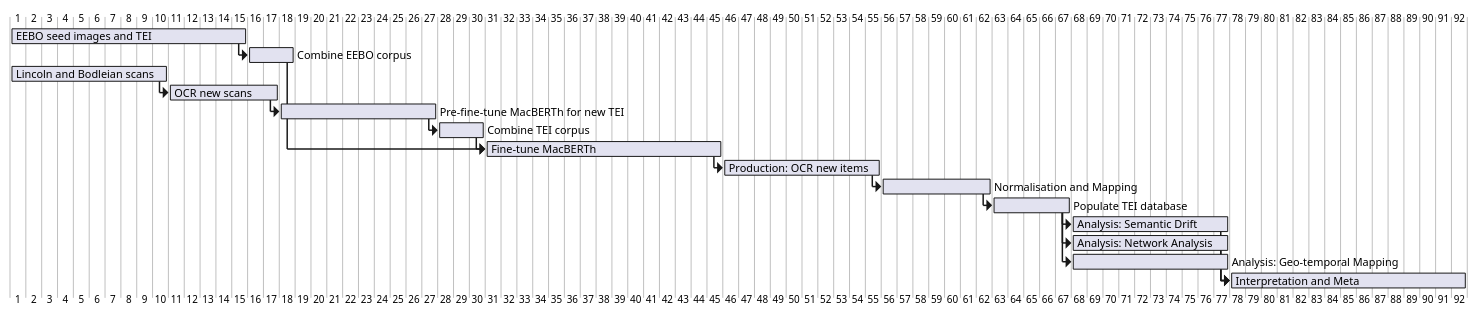
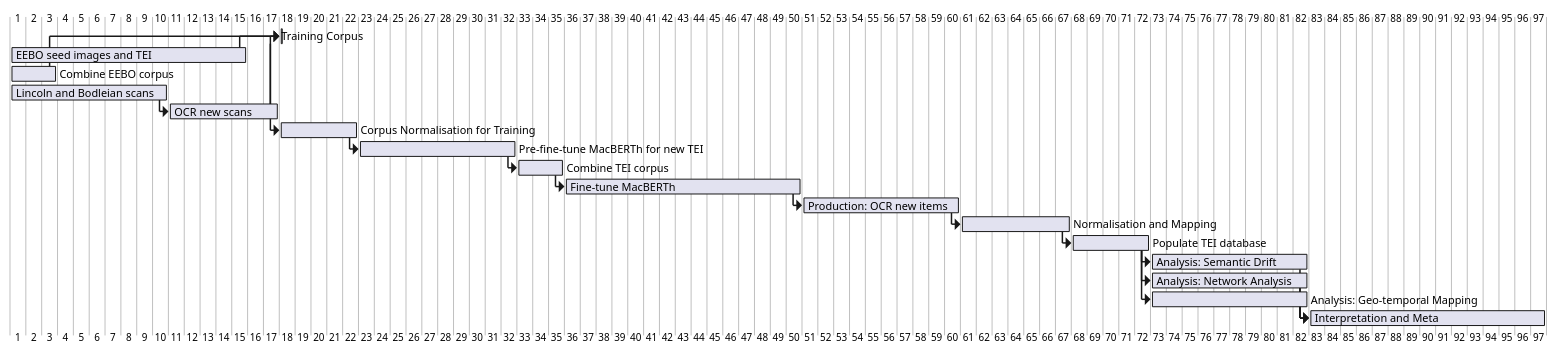
The diagram in docs/uml/gantt_diagram.puml (leegee/mutatis-mutandis), drawn with PlantUML before and after one commit. The commit also changed 1 other file, not shown here.

```diff
--- a/docs/uml/gantt_diagram.puml
+++ b/docs/uml/gantt_diagram.puml
@@ -1,32 +1,51 @@
 @startgantt
+[Training Corpus] lasts 0 days
+
+' --- Corpus building ---
 [EEBO seed images and TEI] lasts 15 days
 [Combine EEBO corpus] lasts 3 days
 [Lincoln and Bodleian scans] lasts 10 days
 [OCR new scans] lasts 7 days
+
+' --- Corpus normalisation for MacBERTh training ---
+[Corpus Normalisation for Training] lasts 5 days
 [Pre-fine-tune MacBERTh for new TEI] lasts 10 days
 [Combine TEI corpus] lasts 3 days
 [Fine-tune MacBERTh] lasts 15 days
+
+' --- Production normalisation & analysis ---
 [Production: OCR new items] lasts 10 days
 [Normalisation and Mapping] lasts 7 days
 [Populate TEI database] lasts 5 days
 [Analysis: Semantic Drift] lasts 10 days
 [Analysis: Network Analysis] lasts 10 days
 [Analysis: Geo-temporal Mapping] lasts 10 days
 [Interpretation and Meta] lasts 15 days
 
-[EEBO seed images and TEI] --> [Combine EEBO corpus]
-[Combine EEBO corpus] --> [Fine-tune MacBERTh]
+' --- Dependencies ---
+' Initial corpus contributions
+[EEBO seed images and TEI] --> [Training Corpus]
+[Combine EEBO corpus] --> [Training Corpus]
+
+' New scans feed into corpus
 [Lincoln and Bodleian scans] --> [OCR new scans]
-[OCR new scans] --> [Pre-fine-tune MacBERTh for new TEI]
+[OCR new scans] --> [Training Corpus]
+
+' Corpus normalisation for training
+[Training Corpus] --> [Corpus Normalisation for Training]
+[Corpus Normalisation for Training] --> [Pre-fine-tune MacBERTh for new TEI]
 [Pre-fine-tune MacBERTh for new TEI] --> [Combine TEI corpus]
 [Combine TEI corpus] --> [Fine-tune MacBERTh]
+
+' Production and downstream
 [Fine-tune MacBERTh] --> [Production: OCR new items]
 [Production: OCR new items] --> [Normalisation and Mapping]
 [Normalisation and Mapping] --> [Populate TEI database]
 [Populate TEI database] --> [Analysis: Semantic Drift]
 [Populate TEI database] --> [Analysis: Network Analysis]
 [Populate TEI database] --> [Analysis: Geo-temporal Mapping]
 [Analysis: Semantic Drift] --> [Interpretation and Meta]
 [Analysis: Network Analysis] --> [Interpretation and Meta]
 [Analysis: Geo-temporal Mapping] --> [Interpretation and Meta]
+
 @endgantt
```
